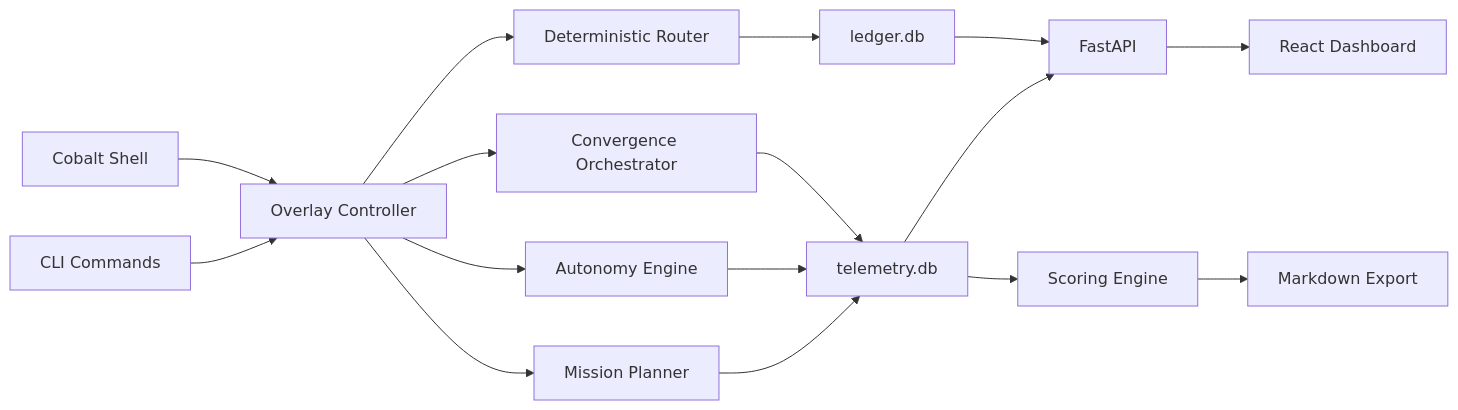
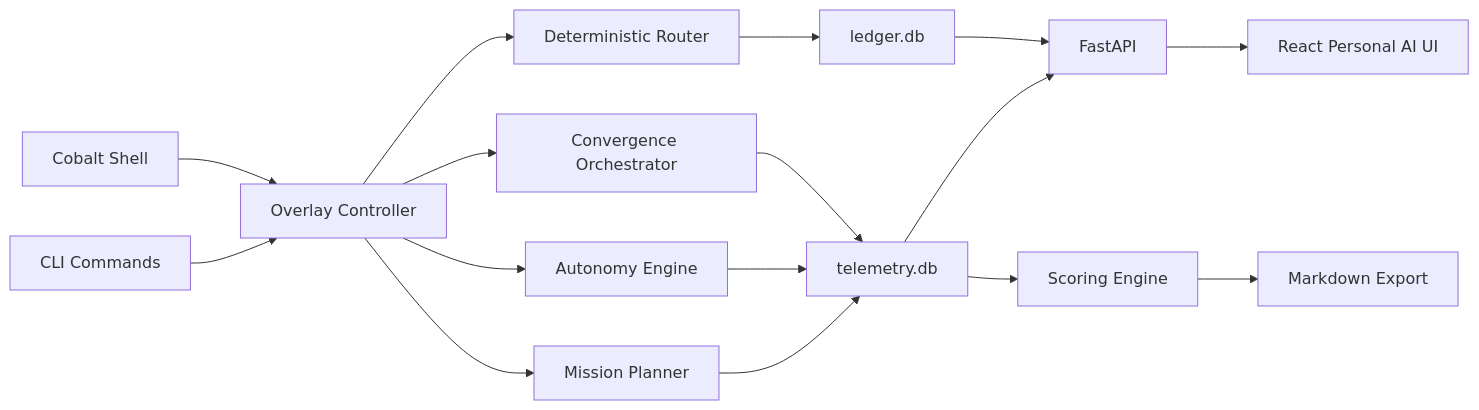
Before and after one commit to moderqtor/OpenCobalt: the diagram in README.md, drawn with Mermaid. The commit also changed other lines of this file and 7 other files, not shown here.

````diff
--- a/README.md
+++ b/README.md
@@ -144,18 +147,18 @@
 ```mermaid
 graph LR
     Shell["Cobalt Shell"] --> Overlay["Overlay Controller"]
     CLI["CLI Commands"] --> Overlay
     Overlay --> Router["Deterministic Router"]
     Overlay --> Converge["Convergence Orchestrator"]
     Overlay --> Auto["Autonomy Engine"]
     Overlay --> Mission["Mission Planner"]
     Router --> Ledger["ledger.db"]
     Converge --> Telemetry["telemetry.db"]
     Auto --> Telemetry
     Mission --> Telemetry
     Telemetry --> Scores["Scoring Engine"]
     Scores --> Export["Markdown Export"]
     Ledger --> API["FastAPI"]
     Telemetry --> API
-    API --> UI["React Dashboard"]
+    API --> UI["React Personal AI UI"]
 ```
````
